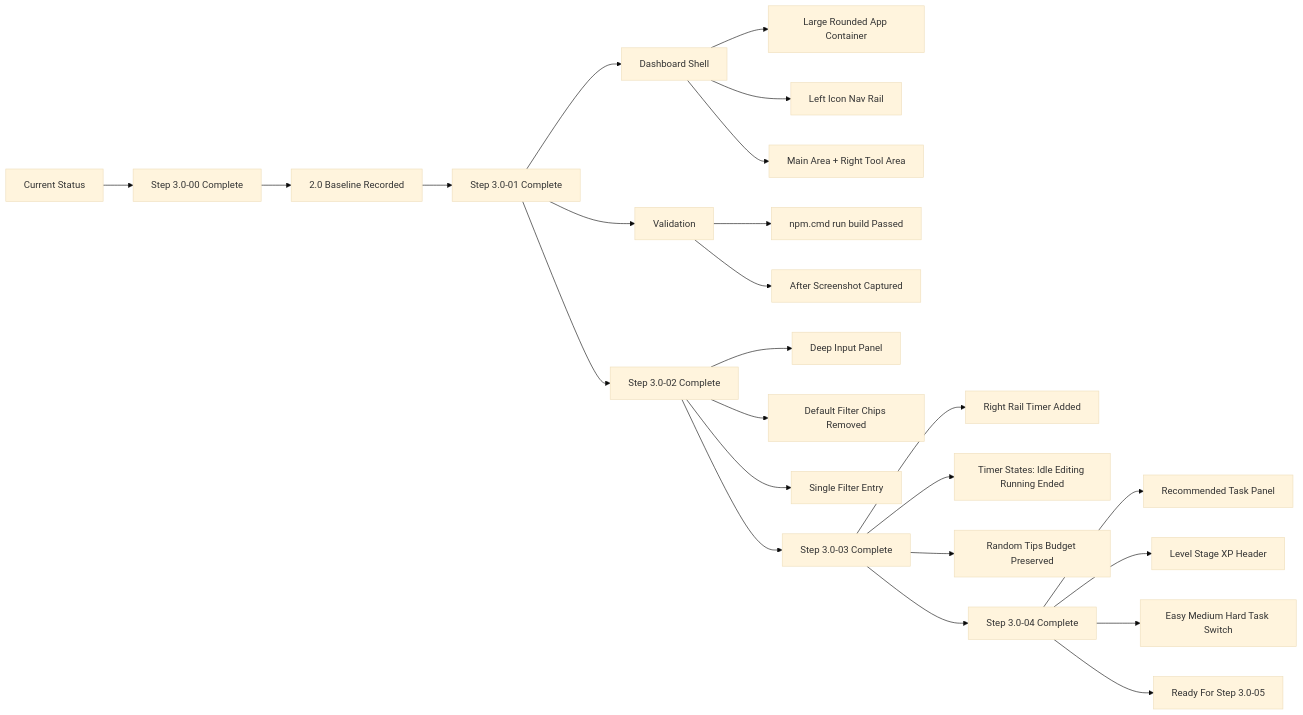
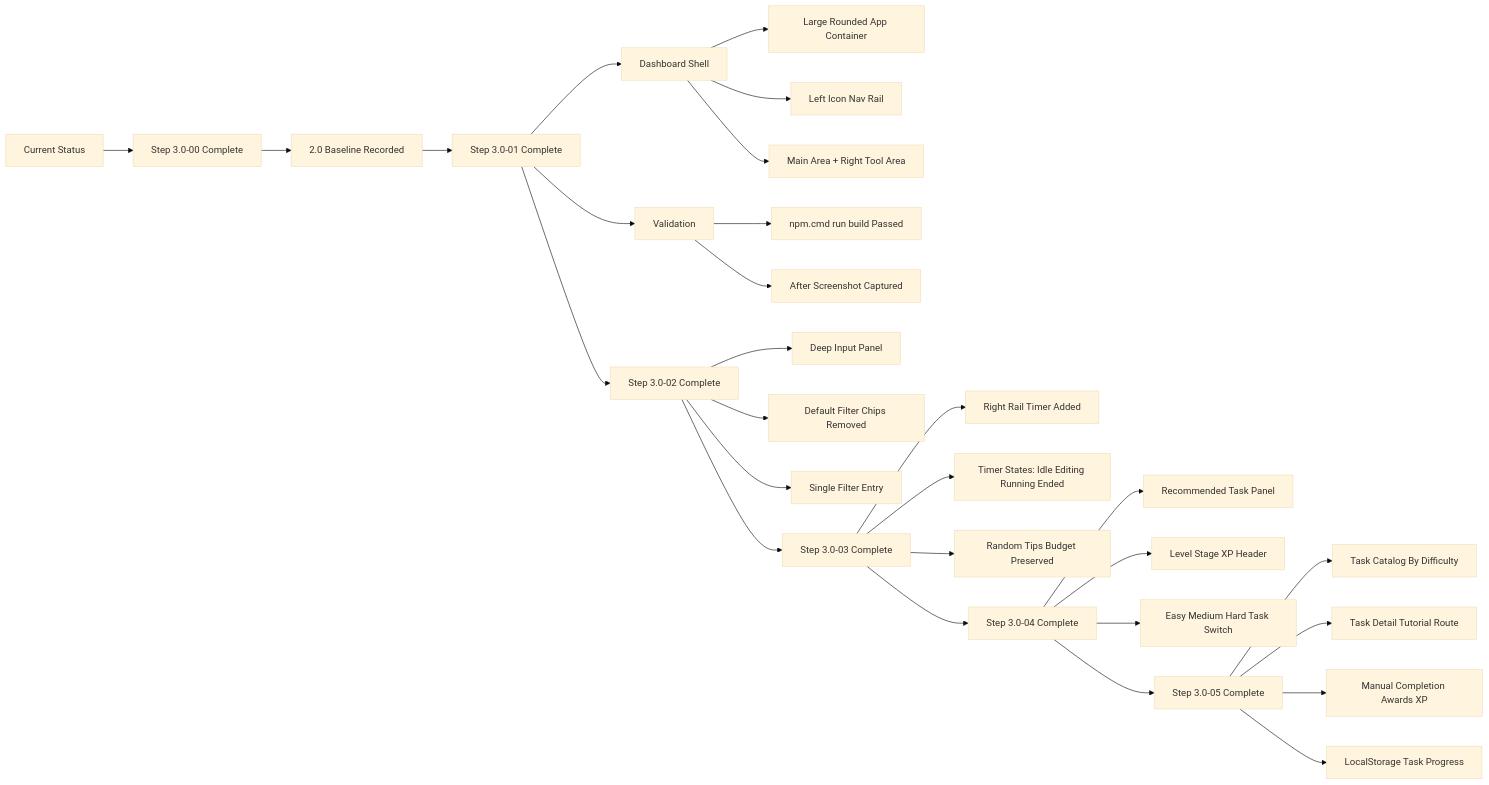
One commit to nouri247351793-dotcom/cooking-ai-planner changed the diagram in 2_coding_documentation/09_v3_upgrade/04_flowcharts_v3/current_status_v3.mmd. Above: the diagram before and after it, drawn with Mermaid (base theme). The commit also changed 16 other files, not shown here.

First line of the commit message:
[step-3.0-05][feat] implement task tutorial page and XP flow

```diff
--- a/2_coding_documentation/09_v3_upgrade/04_flowcharts_v3/current_status_v3.mmd
+++ b/2_coding_documentation/09_v3_upgrade/04_flowcharts_v3/current_status_v3.mmd
@@ -1,27 +1,31 @@
 flowchart LR
   A[Current Status] --> B[Step 3.0-00 Complete]
   B --> C[2.0 Baseline Recorded]
   C --> D[Step 3.0-01 Complete]
 
   D --> E[Dashboard Shell]
   E --> F[Large Rounded App Container]
   E --> G[Left Icon Nav Rail]
   E --> H[Main Area + Right Tool Area]
 
   D --> I[Validation]
   I --> J[npm.cmd run build Passed]
   I --> K[After Screenshot Captured]
 
   D --> L[Step 3.0-02 Complete]
   L --> M[Deep Input Panel]
   L --> N[Default Filter Chips Removed]
   L --> O[Single Filter Entry]
   L --> P[Step 3.0-03 Complete]
   P --> Q[Right Rail Timer Added]
   P --> R[Timer States: Idle Editing Running Ended]
   P --> S[Random Tips Budget Preserved]
   P --> T[Step 3.0-04 Complete]
   T --> U[Recommended Task Panel]
   T --> V[Level Stage XP Header]
   T --> W[Easy Medium Hard Task Switch]
-  T --> X[Ready For Step 3.0-05]
+  T --> X[Step 3.0-05 Complete]
+  X --> Y[Task Catalog By Difficulty]
+  X --> Z[Task Detail Tutorial Route]
+  X --> AA[Manual Completion Awards XP]
+  X --> AB[LocalStorage Task Progress]
```
